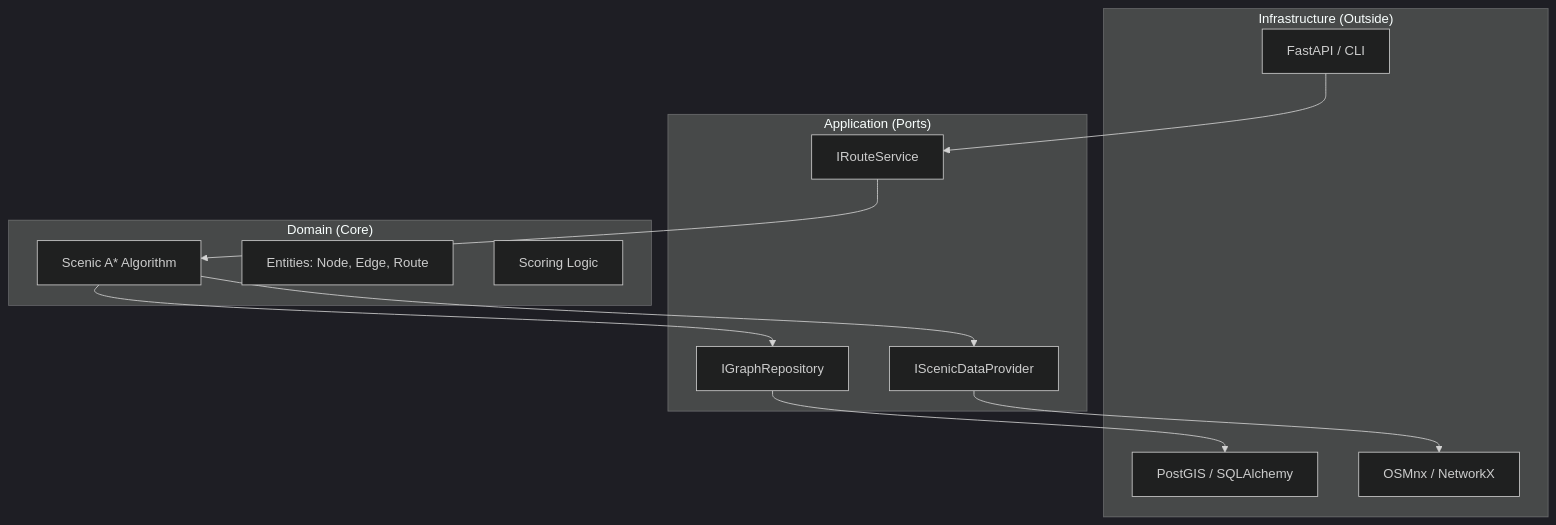
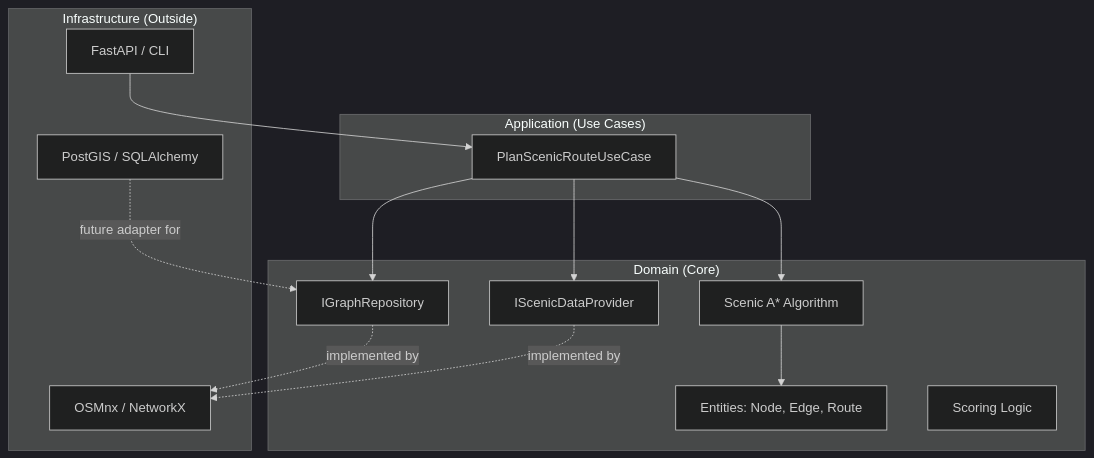
Before and after one commit to victoriaghoos/yorimichi: the diagram in README.md, drawn with Mermaid (dark theme). The commit also changed other lines of this file, not shown here.

Commit message:
Refine architecture section in README.md on Domain and Application layers

````diff
--- a/README.md
+++ b/README.md
@@ -91,24 +91,26 @@
 ```mermaid
 graph TD
     subgraph Infrastructure["Infrastructure (Outside)"]
         A[FastAPI / CLI]
         B[PostGIS / SQLAlchemy]
         C[OSMnx / NetworkX]
     end
-    subgraph Application["Application (Ports)"]
-        D[IRouteService]
+    subgraph Application["Application (Use Cases)"]
+        D[PlanScenicRouteUseCase]
+    end
+    subgraph Domain["Domain (Core)"]
         E[IGraphRepository]
         F[IScenicDataProvider]
-    end
-    subgraph Domain["Domain (Core)"]
         G[Scenic A* Algorithm]
         H[Entities: Node, Edge, Route]
         I[Scoring Logic]
     end
     A --> D
     D --> G
-    G --> E
-    G --> F
-    E --> B
-    F --> C
+    D --> E
+    D --> F
+    G --> H
+    E -.implemented by.-> C
+    F -.implemented by.-> C
+    B -.future adapter for.-> E
 ```
````
